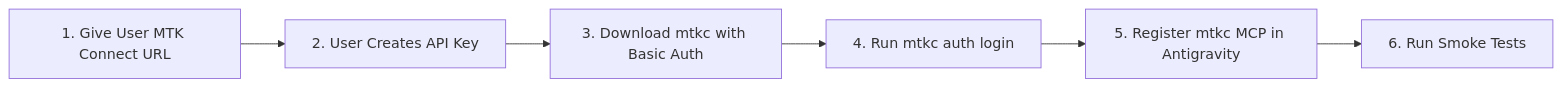
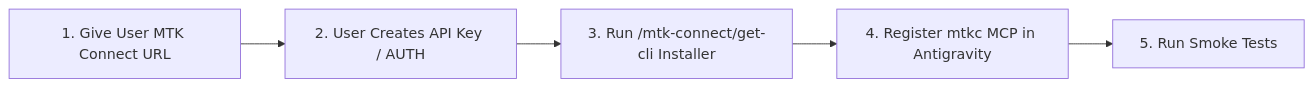
The diagram in .agents/plugins/horizon-ops/skills/mtkc-cli/SKILL.md (GoogleCloudPlatform/horizon-sdv), drawn with Mermaid before and after one commit. The commit also changed other lines of this file and 2 other files, not shown here.

Commit message:
fix(mtk-connect): expose /get-cli route and update mtkc-cli skill to use get-cli installer

````diff
--- a/.agents/plugins/horizon-ops/skills/mtkc-cli/SKILL.md
+++ b/.agents/plugins/horizon-ops/skills/mtkc-cli/SKILL.md
@@ -18,8 +18,7 @@
 ```mermaid
 flowchart LR
-    A["1. Give User MTK Connect URL"] --> B["2. User Creates API Key"]
-    B --> C["3. Download mtkc with Basic Auth"]
-    C --> D["4. Run mtkc auth login"]
-    D --> E["5. Register mtkc MCP in Antigravity"]
-    E --> F["6. Run Smoke Tests"]
+    A["1. Give User MTK Connect URL"] --> B["2. User Creates API Key / AUTH"]
+    B --> C["3. Run /mtk-connect/get-cli Installer"]
+    C --> D["4. Register mtkc MCP in Antigravity"]
+    D --> E["5. Run Smoke Tests"]
 ```
````
